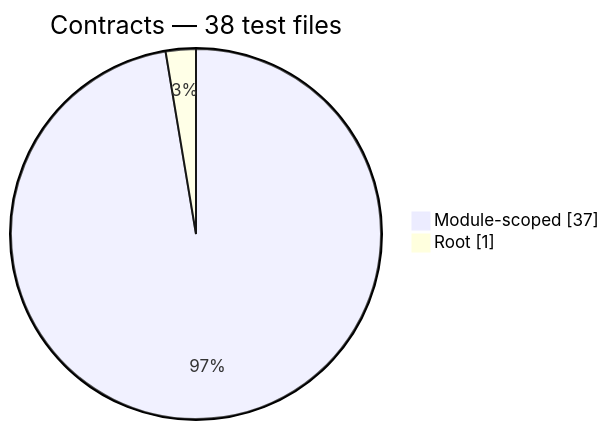
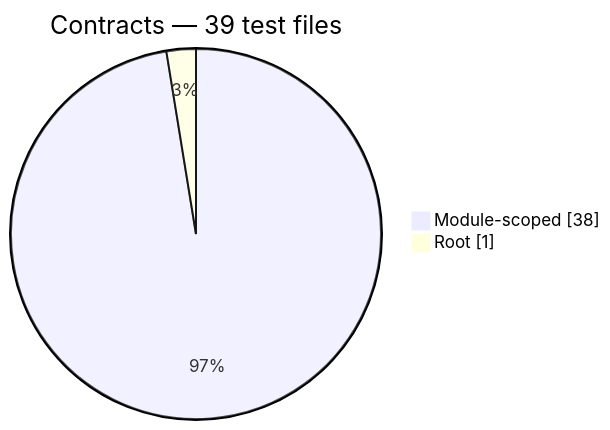
One commit to PHP-Arazzo/php-arazzo changed the first of 13 diagrams in docs/generated/test-composition.md. Above: the diagram before and after it, drawn with Mermaid. The commit also changed other lines of this file and 247 other files, not shown here.

````diff
--- a/docs/generated/test-composition.md
+++ b/docs/generated/test-composition.md
@@ -14,6 +14,6 @@
 ```mermaid
 pie showData
-    title Contracts — 38 test files
-    "Module-scoped": 37
+    title Contracts — 39 test files
+    "Module-scoped": 38
     "Root": 1
 ```
````
